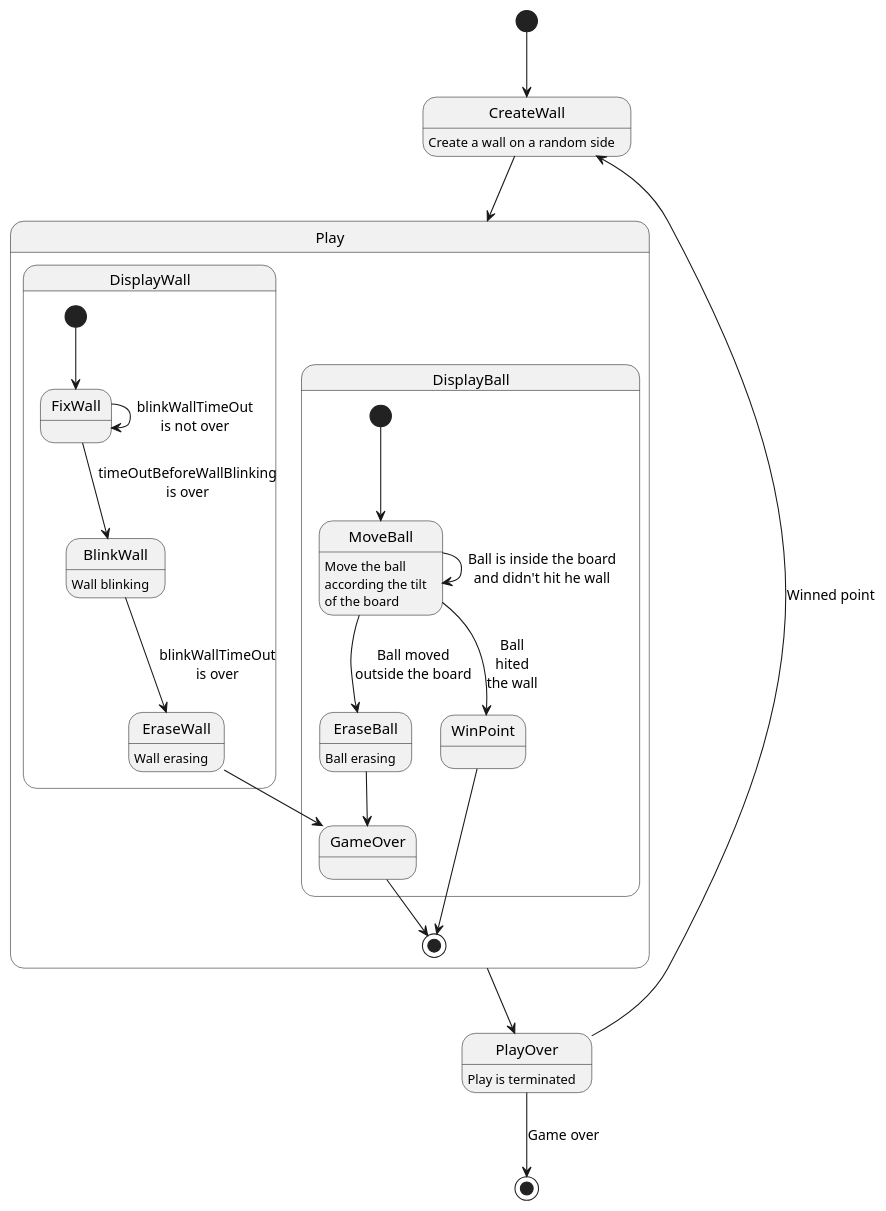
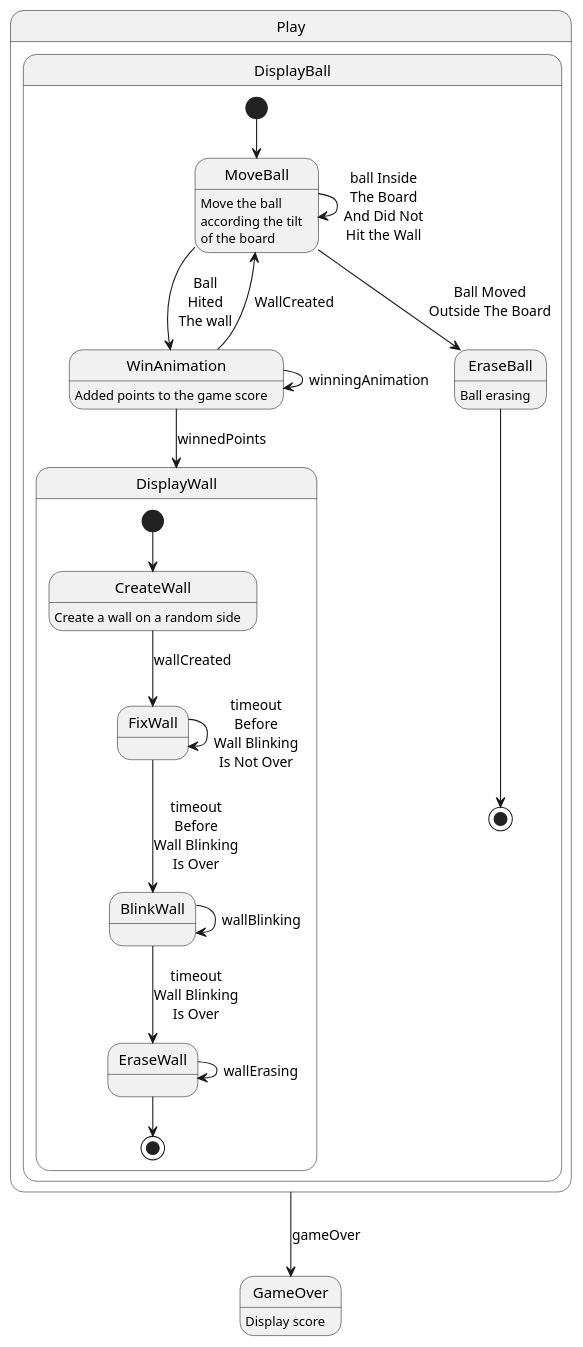
Before and after one commit to jebissey/GamesOfSkill: the diagram in Arduino-nano/LedsPong/LedsPong.puml, drawn with PlantUML. The commit also changed 4 other files, not shown here.

```diff
--- a/Arduino-nano/LedsPong/LedsPong.puml
+++ b/Arduino-nano/LedsPong/LedsPong.puml
@@ -1,42 +1,40 @@
 @startuml
 
-[*] --> CreateWall
-CreateWall : Create a wall on a random side
-
-CreateWall --> Play 
 state Play {
 
     state DisplayBall {
         [*] --> MoveBall
         MoveBall : Move the ball\naccording the tilt\nof the board
-        MoveBall --> MoveBall : Ball is inside the board\nand didn't hit he wall
-        MoveBall --> WinPoint : Ball\nhited\nthe wall
-        MoveBall -->  EraseBall :  Ball moved\noutside the board
+        MoveBall --> MoveBall : ball Inside\nThe Board\nAnd Did Not\nHit the Wall
+        MoveBall --> WinAnimation : Ball\nHited\nThe wall
+        MoveBall --> EraseBall :  Ball Moved\nOutside The Board
+
+        WinAnimation : Added points to the game score
+        WinAnimation --> WinAnimation : winningAnimation
+        WinAnimation --> DisplayWall : winnedPoints
+        WinAnimation --> MoveBall : WallCreated
 
         EraseBall : Ball erasing
-        EraseBall --> GameOver
+        EraseBall --> [*]
     }
 
     state DisplayWall {
-        [*] --> FixWall
-        FixWall --> FixWall : blinkWallTimeOut\nis not over
-        FixWall --> BlinkWall : timeOutBeforeWallBlinking\nis over
+        [*] --> CreateWall
+        CreateWall : Create a wall on a random side
+        CreateWall --> FixWall : wallCreated
+
+        FixWall --> FixWall : timeout\nBefore\nWall Blinking\nIs Not Over
+        FixWall --> BlinkWall : timeout\nBefore\nWall Blinking\nIs Over
         
-        BlinkWall : Wall blinking
-        BlinkWall --> EraseWall : blinkWallTimeOut\nis over
+        BlinkWall --> BlinkWall : wallBlinking
+        BlinkWall --> EraseWall : timeout\nWall Blinking\nIs Over
 
-        EraseWall : Wall erasing
-        EraseWall --> GameOver
+        EraseWall --> EraseWall : wallErasing
+        EraseWall --> [*]
     }
-
-    WinPoint --> [*]
-    GameOver --> [*]
 }
 
-Play -down-> PlayOver
-
-PlayOver : Play is terminated
-PlayOver --> CreateWall : Winned point
-PlayOver --> [*] : Game over
+Play --> GameOver : gameOver
+GameOver : Display score
 
 @enduml
```
